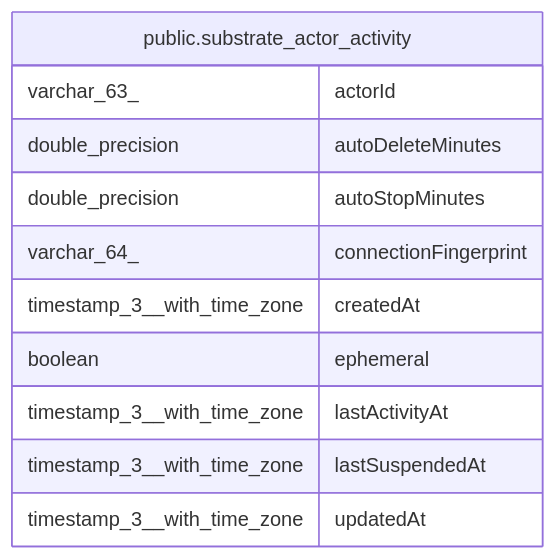
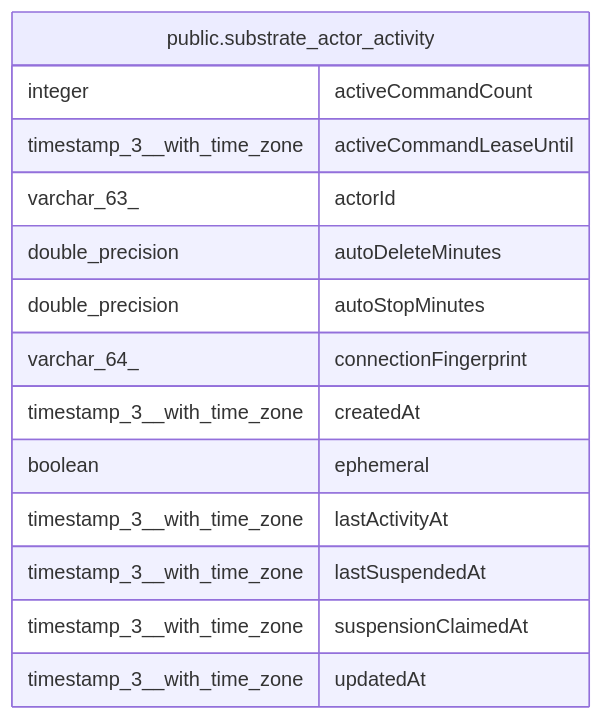
One commit to jseguillon/n8n changed the diagram in docs/generated/postgres-schema/public.substrate_actor_activity.md. Above: the diagram before and after it, drawn with Mermaid. The commit also changed other lines of this file and 22 other files, not shown here.

````diff
--- a/docs/generated/postgres-schema/public.substrate_actor_activity.md
+++ b/docs/generated/postgres-schema/public.substrate_actor_activity.md
@@ -40,16 +44,19 @@
 ```mermaid
 erDiagram
 
 
 "public.substrate_actor_activity" {
+  integer activeCommandCount
+  timestamp_3__with_time_zone activeCommandLeaseUntil
   varchar_63_ actorId
   double_precision autoDeleteMinutes
   double_precision autoStopMinutes
   varchar_64_ connectionFingerprint
   timestamp_3__with_time_zone createdAt
   boolean ephemeral
   timestamp_3__with_time_zone lastActivityAt
   timestamp_3__with_time_zone lastSuspendedAt
+  timestamp_3__with_time_zone suspensionClaimedAt
   timestamp_3__with_time_zone updatedAt
 }
 ```
````
